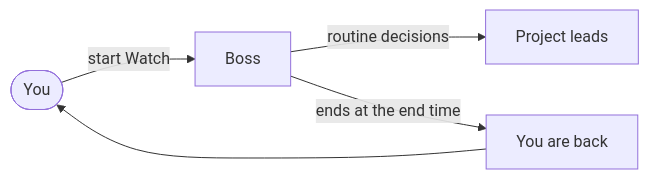
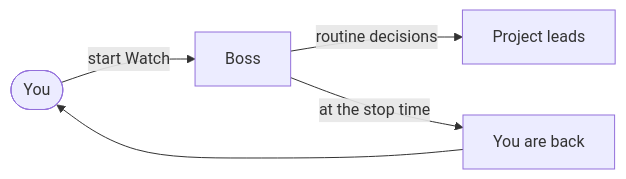
The eighth of 8 diagrams in docs/concepts.md (tm-henningnt/HerdrBoss), drawn with Mermaid before and after one commit. The commit also changed other lines of this file and 1 other file, not shown here.

````diff
--- a/docs/concepts.md
+++ b/docs/concepts.md
@@ -129,7 +129,7 @@
 ```mermaid
 flowchart LR
     you([You]) -- start Watch --> boss[Boss]
     boss -- routine decisions --> leads[Project leads]
-    boss -- ends at the end time --> back[You are back]
+    boss -- "at the stop time" --> back[You are back]
     back --> you
 ```
````
